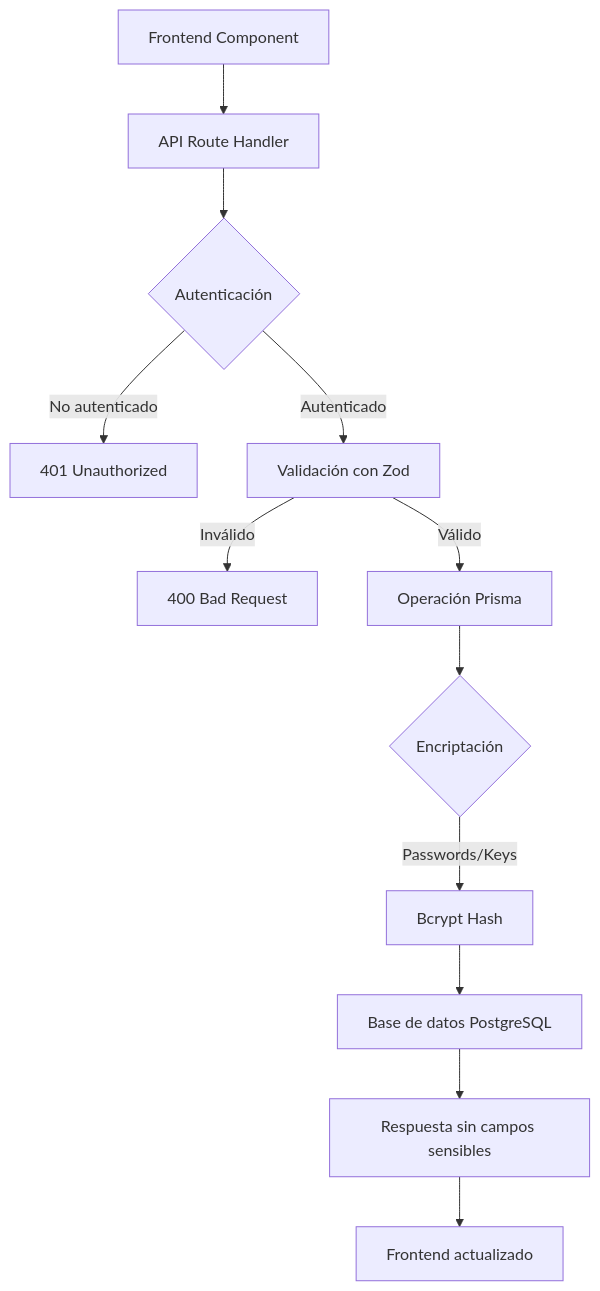
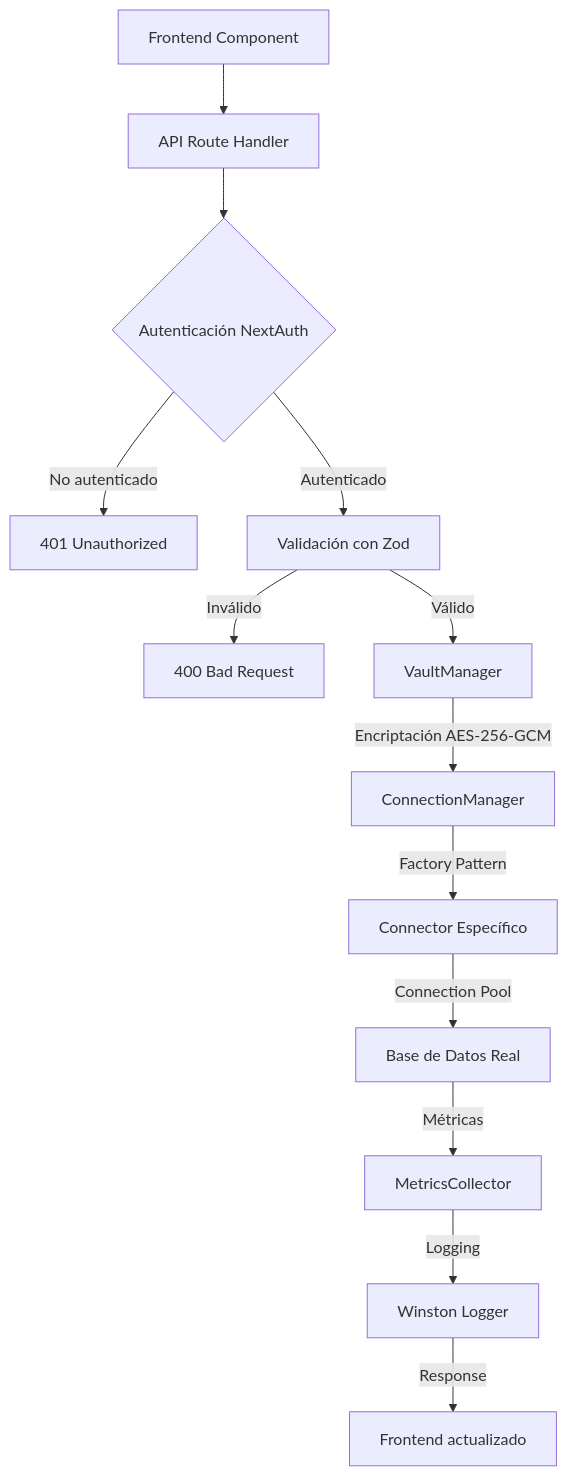
Before and after one commit to DabtcAvila/Dafel-Technologies: the diagram in contextBackendConnections.md, drawn with Mermaid. The commit also changed other lines of this file, not shown here.

````diff
--- a/contextBackendConnections.md
+++ b/contextBackendConnections.md
@@ -126,14 +152,15 @@
 ```mermaid
 graph TD
     A[Frontend Component] --> B[API Route Handler]
-    B --> C{Autenticación}
+    B --> C{Autenticación NextAuth}
     C -->|No autenticado| D[401 Unauthorized]
     C -->|Autenticado| E[Validación con Zod]
     E -->|Inválido| F[400 Bad Request]
-    E -->|Válido| G[Operación Prisma]
-    G --> H{Encriptación}
-    H -->|Passwords/Keys| I[Bcrypt Hash]
-    I --> J[Base de datos PostgreSQL]
-    J --> K[Respuesta sin campos sensibles]
-    K --> L[Frontend actualizado]
+    E -->|Válido| G[VaultManager]
+    G -->|Encriptación AES-256-GCM| H[ConnectionManager]
+    H -->|Factory Pattern| I[Connector Específico]
+    I -->|Connection Pool| J[Base de Datos Real]
+    J -->|Métricas| K[MetricsCollector]
+    K -->|Logging| L[Winston Logger]
+    L -->|Response| M[Frontend actualizado]
 ```
````
